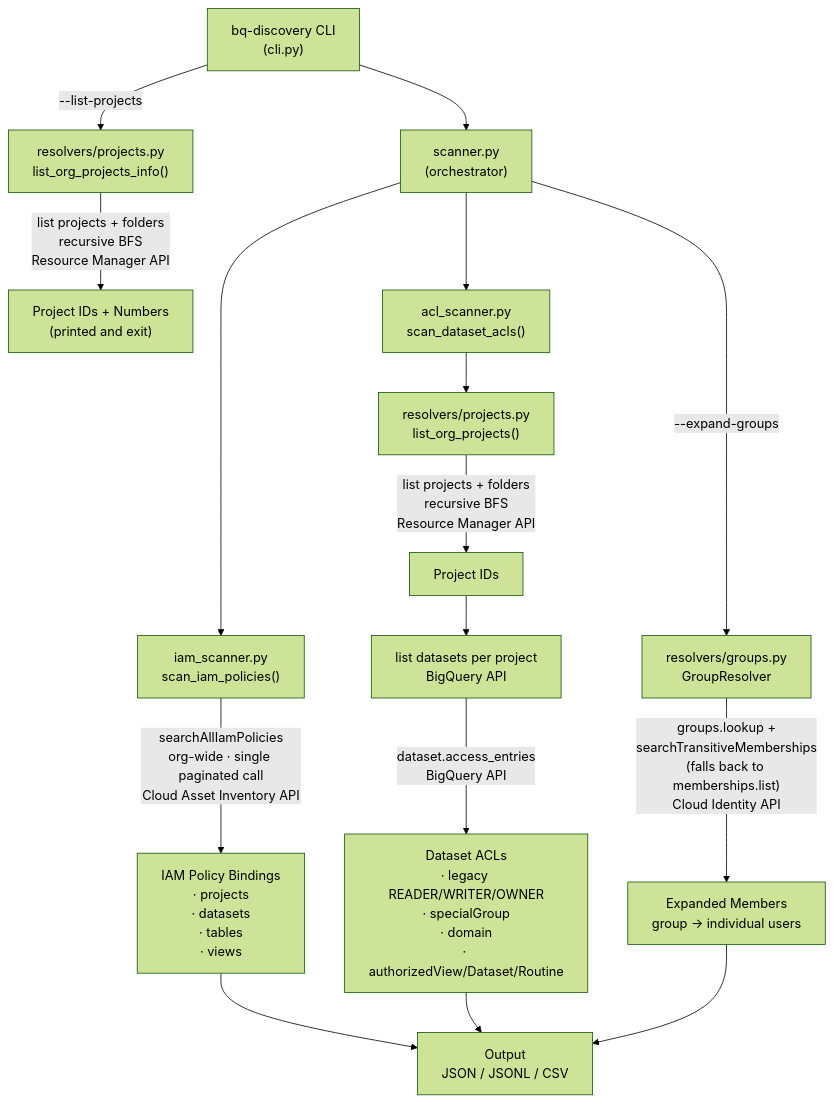
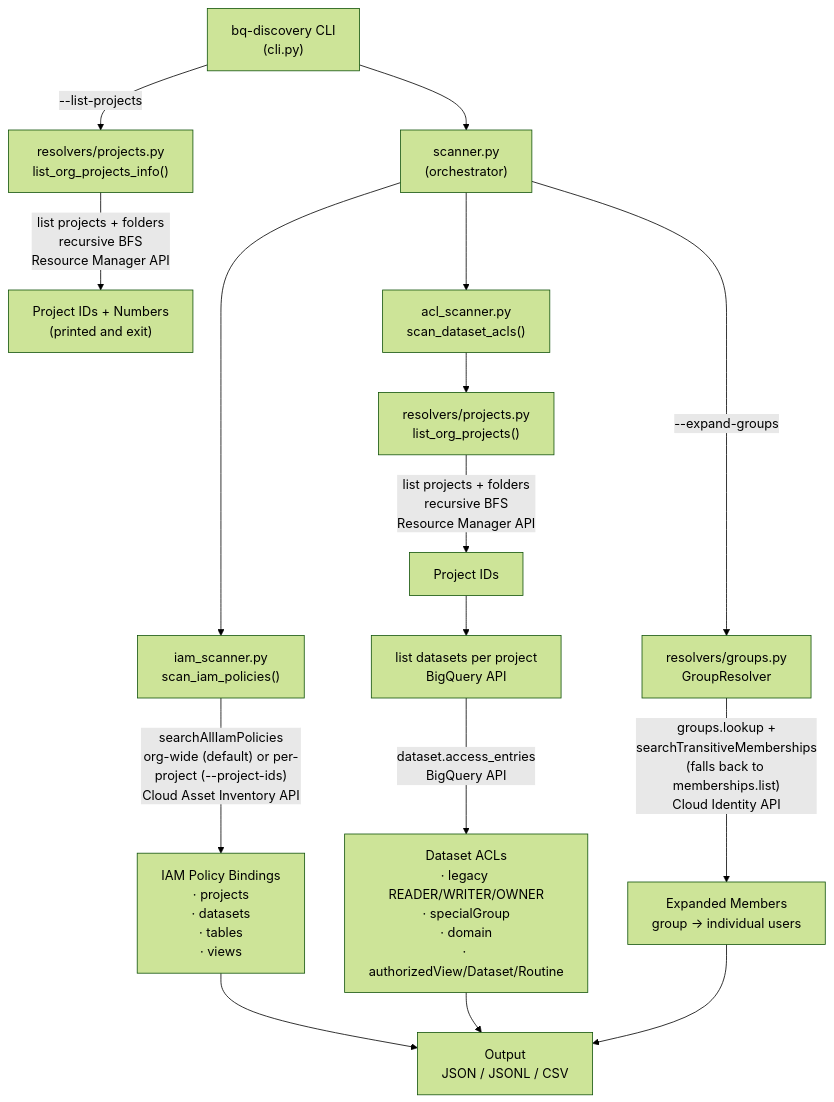
One commit to johanesalxd/random-stuff changed the diagram in bq_discovery/README.md. Above: the diagram before and after it, drawn with Mermaid (forest theme). The commit also changed other lines of this file and 3 other files, not shown here.

First line of the commit message:
feat: Scope CAI to project level when --project-ids specified

````diff
--- a/bq_discovery/README.md
+++ b/bq_discovery/README.md
@@ -41,24 +42,24 @@
 ```mermaid
 flowchart TD
     A["bq-discovery CLI<br/>(cli.py)"] --> B["scanner.py<br/>(orchestrator)"]
 
     A -->|"--list-projects"| P["resolvers/projects.py<br/>list_org_projects_info()"]
     P -->|"list projects + folders<br/>recursive BFS<br/>Resource Manager API"| Q["Project IDs + Numbers<br/>(printed and exit)"]
 
     B --> C["iam_scanner.py<br/>scan_iam_policies()"]
     B --> D["acl_scanner.py<br/>scan_dataset_acls()"]
     B -->|"--expand-groups"| E["resolvers/groups.py<br/>GroupResolver"]
 
-    C -->|"searchAllIamPolicies<br/>org-wide · single paginated call<br/>Cloud Asset Inventory API"| F["IAM Policy Bindings<br/>· projects<br/>· datasets<br/>· tables<br/>· views"]
+    C -->|"searchAllIamPolicies<br/>org-wide (default) or per-project (--project-ids)<br/>Cloud Asset Inventory API"| F["IAM Policy Bindings<br/>· projects<br/>· datasets<br/>· tables<br/>· views"]
 
     D --> G["resolvers/projects.py<br/>list_org_projects()"]
     G -->|"list projects + folders<br/>recursive BFS<br/>Resource Manager API"| H["Project IDs"]
     H --> I["list datasets per project<br/>BigQuery API"]
     I -->|"dataset.access_entries<br/>BigQuery API"| J["Dataset ACLs<br/>· legacy READER/WRITER/OWNER<br/>· specialGroup<br/>· domain<br/>· authorizedView/Dataset/Routine"]
 
     E -->|"groups.lookup +<br/>searchTransitiveMemberships<br/>(falls back to memberships.list)<br/>Cloud Identity API"| K["Expanded Members<br/>group -> individual users"]
 
     F --> L["Output<br/>JSON / JSONL / CSV"]
     J --> L
     K --> L
 ```
````
